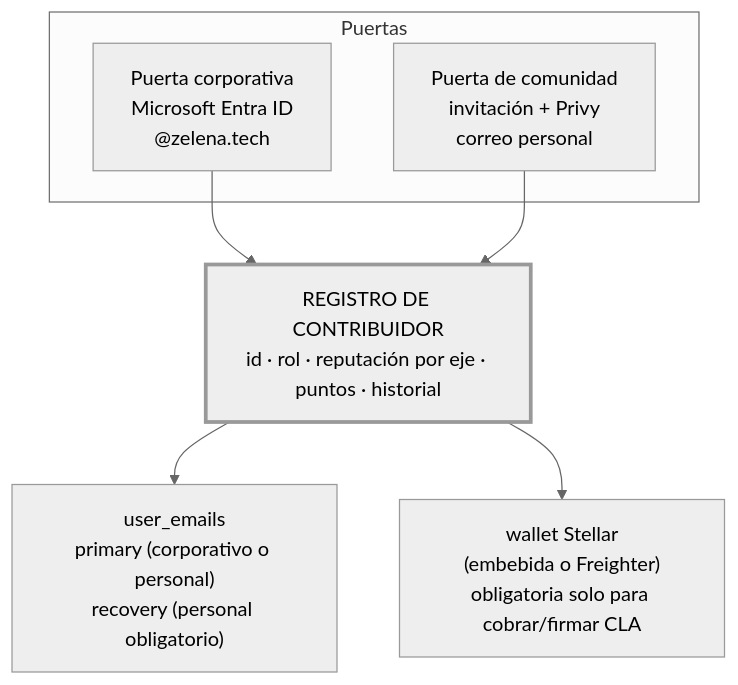
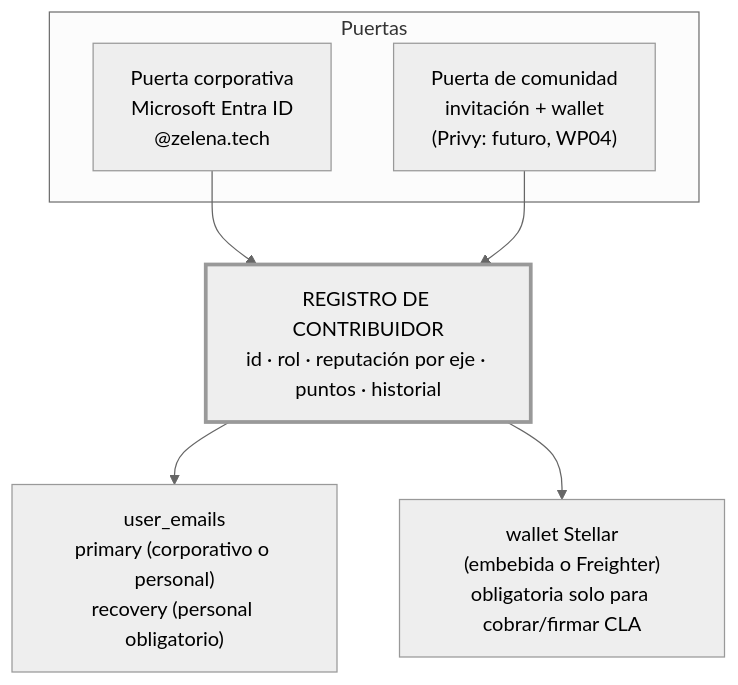
One commit to zelena-tech/zelena-dapp changed the diagram in docs/blueprints/05-identidad-y-fases.md. Above: the diagram before and after it, drawn with Mermaid (neutral theme). The commit also changed other lines of this file and 8 other files, not shown here.

First line of the commit message:
fix(login): quitar las promesas de entrar con correo personal, passkeys o "sin wallet" (M1)

````diff
--- a/docs/blueprints/05-identidad-y-fases.md
+++ b/docs/blueprints/05-identidad-y-fases.md
@@ -7,17 +9,17 @@
 ```mermaid
 graph TB
     subgraph Puertas
         E["Puerta corporativa<br/>Microsoft Entra ID<br/>@zelena.tech"]
-        I["Puerta de comunidad<br/>invitación + Privy<br/>correo personal"]
+        I["Puerta de comunidad<br/>invitación + wallet<br/>(Privy: futuro, WP04)"]
     end
 
     E --> U
     I --> U
 
     U["REGISTRO DE CONTRIBUIDOR<br/>id · rol · reputación por eje · puntos · historial"]
 
     U --> UE["user_emails<br/>primary (corporativo o personal)<br/>recovery (personal obligatorio)"]
     U --> W["wallet Stellar<br/>(embebida o Freighter)<br/>obligatoria solo para cobrar/firmar CLA"]
 
     style U stroke-width:3px
 ```
````
